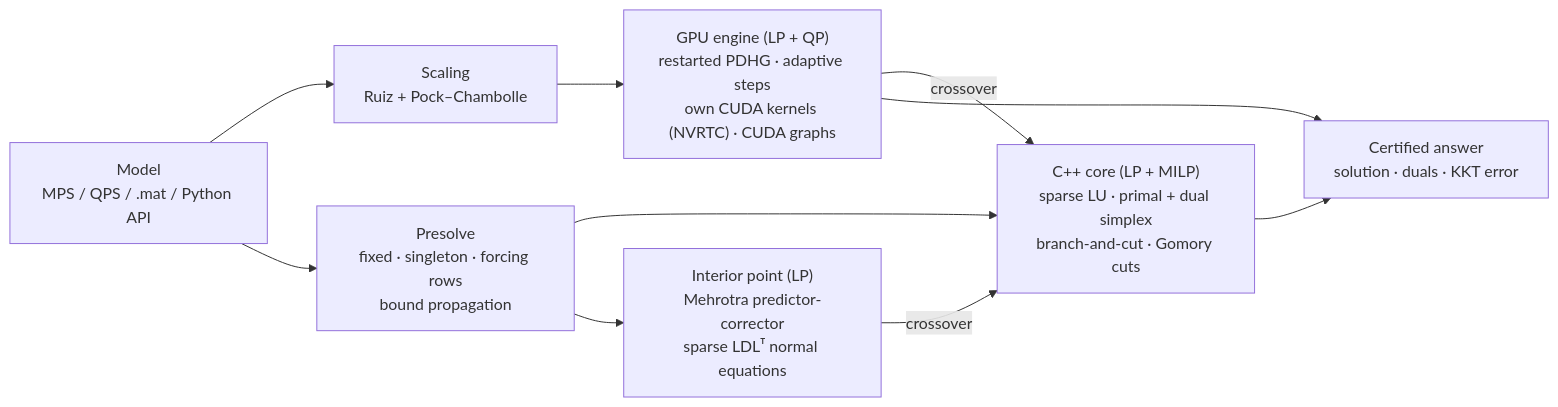
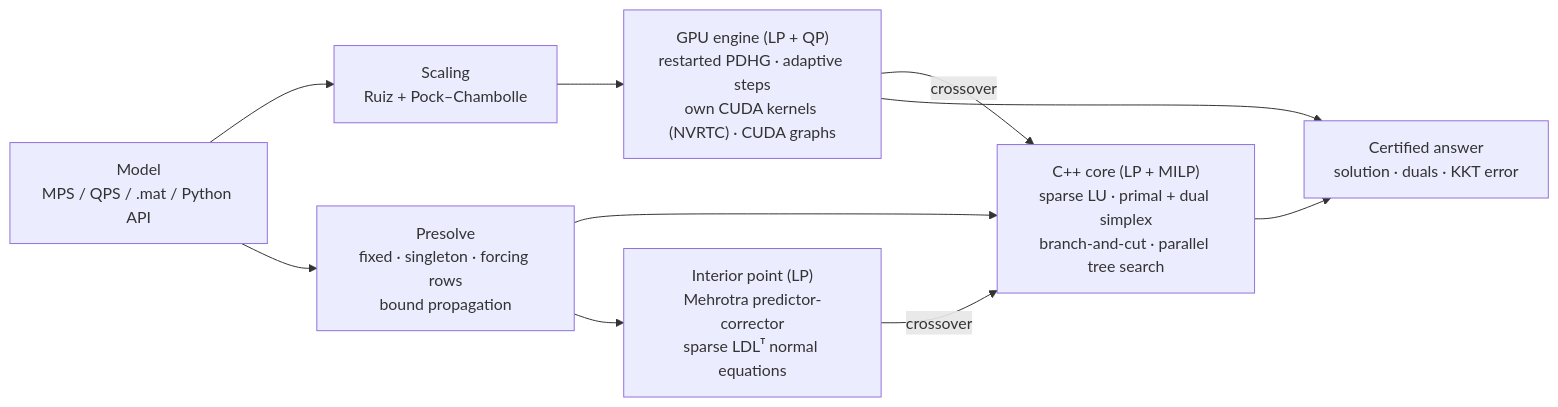
One commit to NAMAN-THAKUR-1944/SIH2026-SIH26119-SAMADHAN changed the diagram in README.md. Above: the diagram before and after it, drawn with Mermaid. The commit also changed other lines of this file and 8 other files, not shown here.

First line of the commit message:
Parallel tree search results; MILP round on ab0cdae (incumbents checked in row units)

````diff
--- a/README.md
+++ b/README.md
@@ -120,12 +121,12 @@
 ```mermaid
 flowchart LR
     A["Model<br/>MPS / QPS / .mat / Python API"] --> B["Scaling<br/>Ruiz + Pock–Chambolle"]
     B --> C["GPU engine (LP + QP)<br/>restarted PDHG · adaptive steps<br/>own CUDA kernels (NVRTC) · CUDA graphs"]
     A --> P["Presolve<br/>fixed · singleton · forcing rows<br/>bound propagation"]
-    P --> D["C++ core (LP + MILP)<br/>sparse LU · primal + dual simplex<br/>branch-and-cut · Gomory cuts"]
+    P --> D["C++ core (LP + MILP)<br/>sparse LU · primal + dual simplex<br/>branch-and-cut · parallel tree search"]
     P --> I["Interior point (LP)<br/>Mehrotra predictor-corrector<br/>sparse LDLᵀ normal equations"]
     I -- crossover --> D
     C -- crossover --> D
     C --> E["Certified answer<br/>solution · duals · KKT error"]
     D --> E
 ```
````
